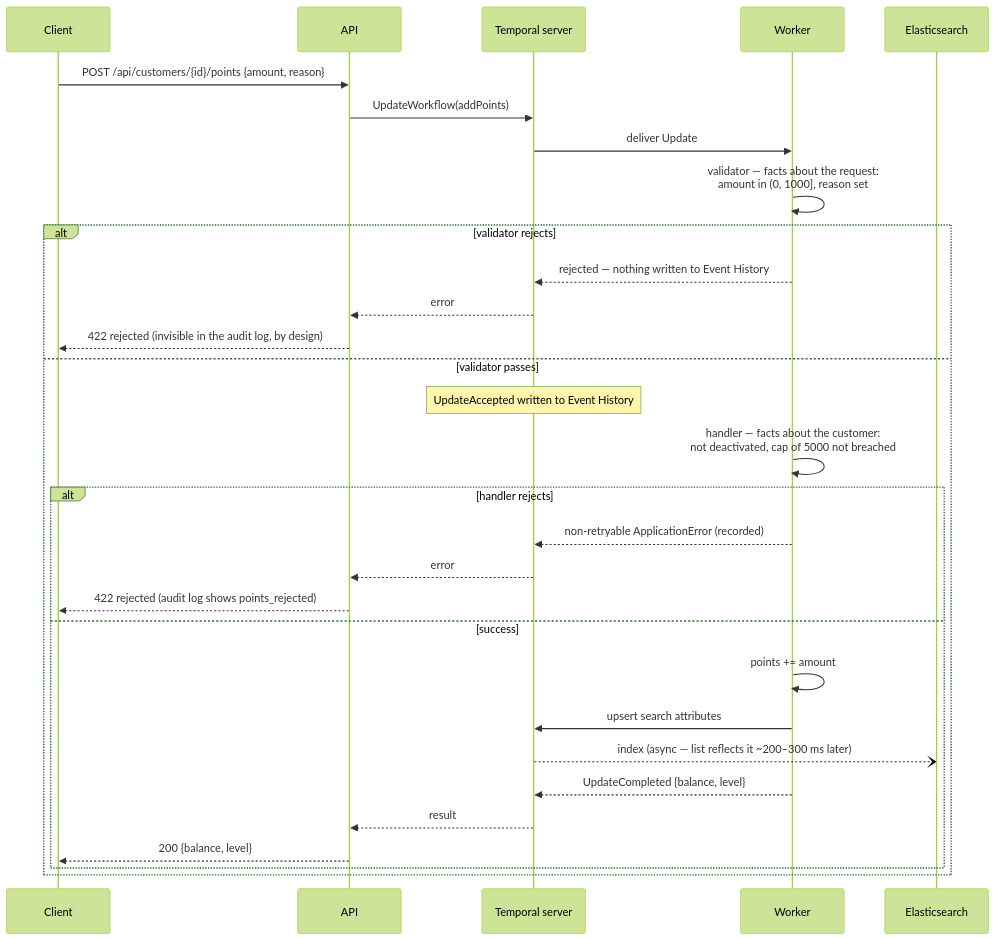
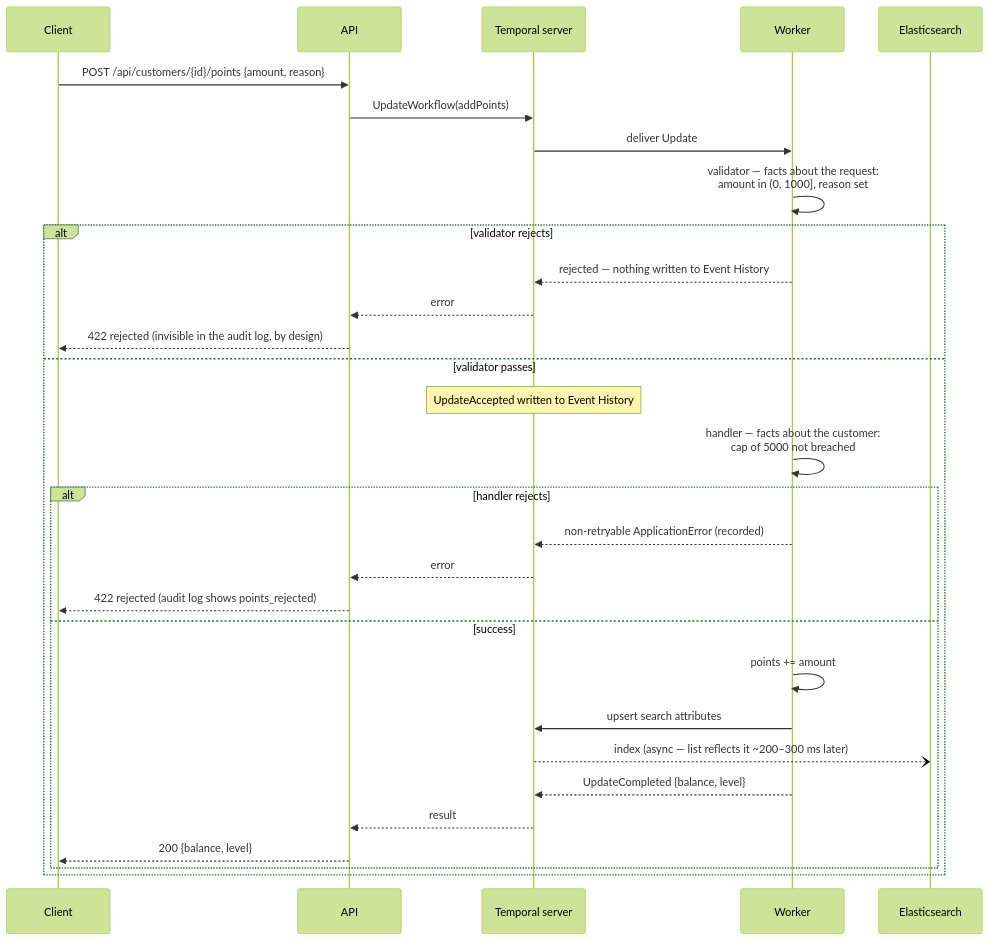
Before and after one commit to anthonywittig/rewards-poc: the third of 4 diagrams in docs/architecture.md, drawn with Mermaid (forest theme). The commit also changed 4 other files, not shown here.

````diff
--- a/docs/architecture.md
+++ b/docs/architecture.md
@@ -83,35 +83,35 @@
 ```mermaid
 sequenceDiagram
     participant C as Client
     participant A as API
     participant T as Temporal server
     participant W as Worker
     participant ES as Elasticsearch
 
     C->>A: POST /api/customers/{id}/points {amount, reason}
     A->>T: UpdateWorkflow(addPoints)
     T->>W: deliver Update
     W->>W: validator — facts about the request:<br/>amount in (0, 1000], reason set
 
     alt validator rejects
         W-->>T: rejected — nothing written to Event History
         T-->>A: error
         A-->>C: 422 rejected (invisible in the audit log, by design)
     else validator passes
         Note over T: UpdateAccepted written to Event History
-        W->>W: handler — facts about the customer:<br/>not deactivated, cap of 5000 not breached
+        W->>W: handler — facts about the customer:<br/>cap of 5000 not breached
 
         alt handler rejects
             W-->>T: non-retryable ApplicationError (recorded)
             T-->>A: error
             A-->>C: 422 rejected (audit log shows points_rejected)
         else success
             W->>W: points += amount
             W->>T: upsert search attributes
             T--)ES: index (async — list reflects it ~200–300 ms later)
             W-->>T: UpdateCompleted {balance, level}
             T-->>A: result
             A-->>C: 200 {balance, level}
         end
     end
 ```
````
